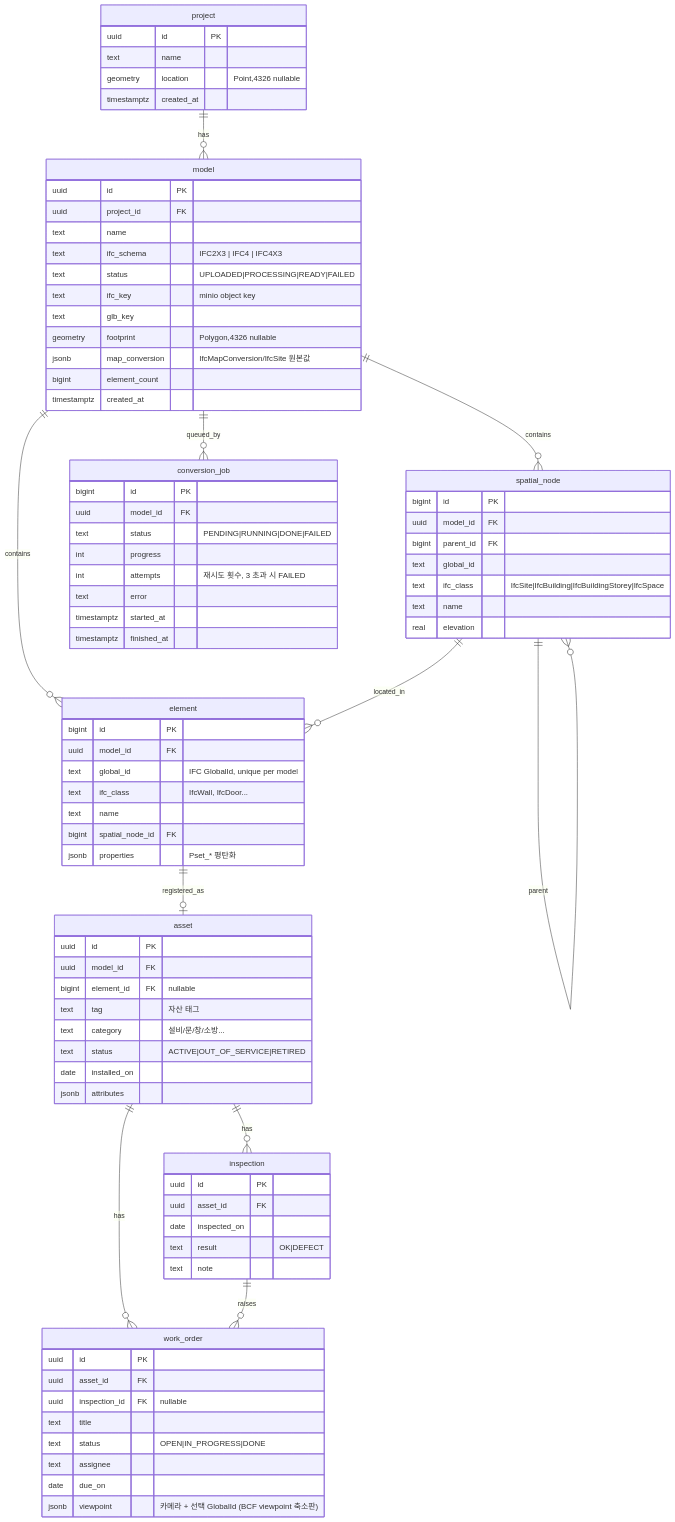
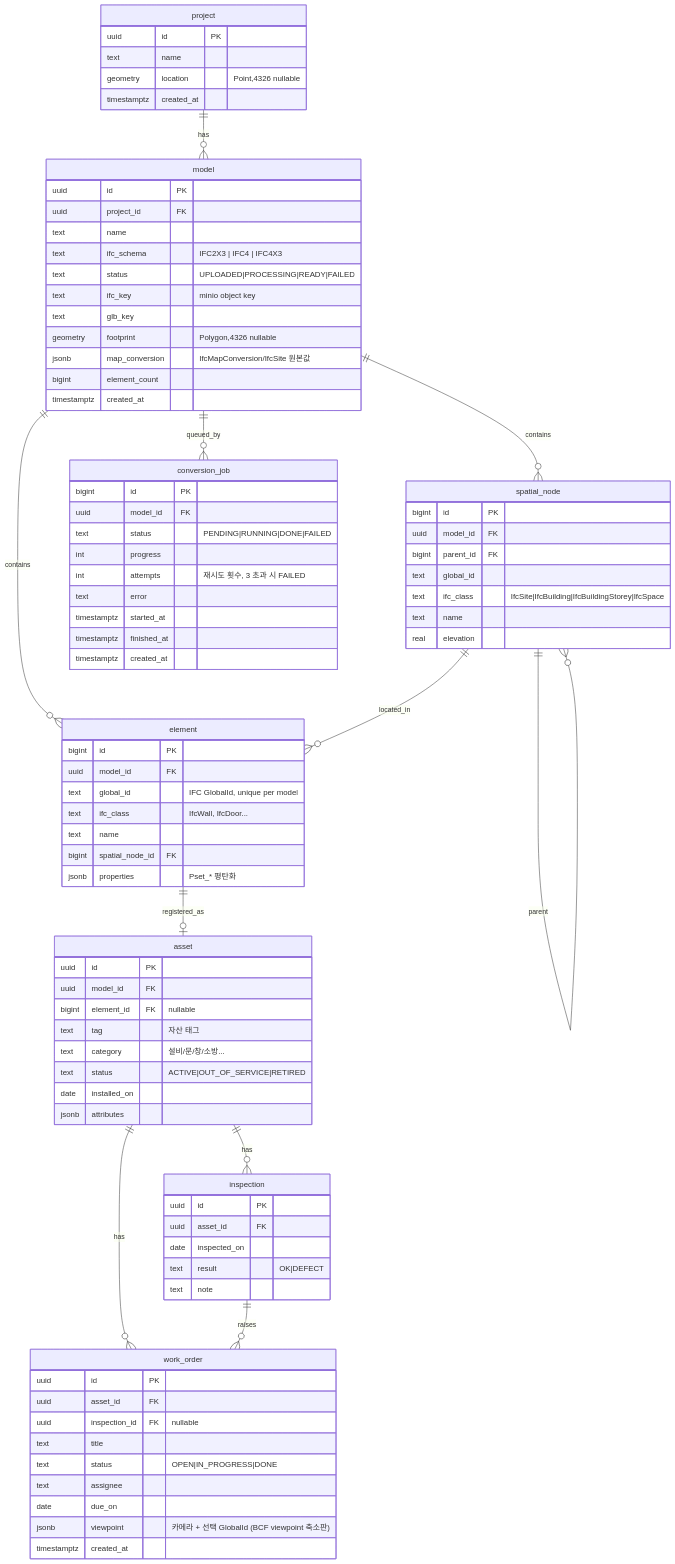
Before and after one commit to Gun-stack/bim-platform: the diagram in docs/02-data-model.md, drawn with Mermaid. The commit also changed 2 other files, not shown here.

Commit message:
전체 점검: 02-data-model 에 conversion_job/work_order created_at 보강, lint 경고 3건 정리(의도적 deps 주석, 삼항식→if)

````diff
--- a/docs/02-data-model.md
+++ b/docs/02-data-model.md
@@ -59,6 +59,7 @@
     text error
     timestamptz started_at
     timestamptz finished_at
+    timestamptz created_at
   }
   asset {
     uuid id PK
@@ -86,5 +87,6 @@
     text assignee
     date due_on
     jsonb viewpoint "카메라 + 선택 GlobalId (BCF viewpoint 축소판)"
+    timestamptz created_at
   }
 ```
````
